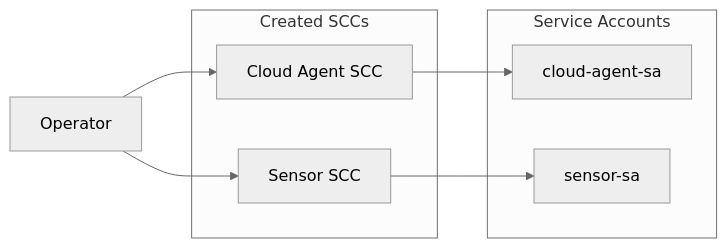
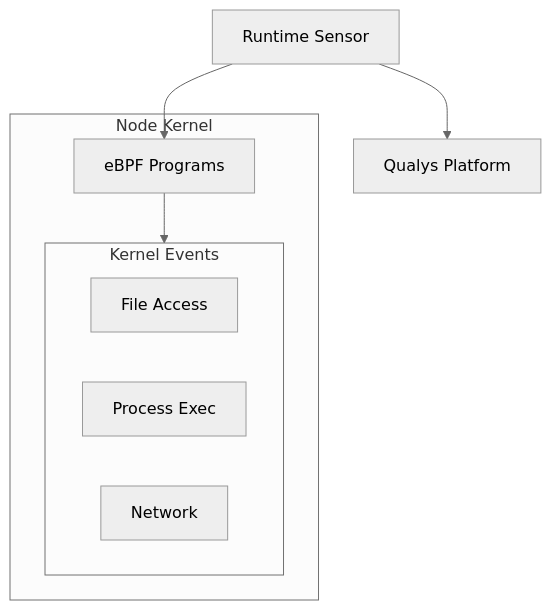
Before and after one commit to nelssec/qualys-nanny: the eighth of 12 diagrams in docs/blog.md, drawn with Mermaid (neutral theme). The commit also changed other lines of this file and 10 other files, not shown here.

````diff
--- a/docs/blog.md
+++ b/docs/blog.md
@@ -275,19 +264,18 @@
 ```mermaid
-flowchart LR
-    OP[Operator]
-
-    subgraph sccs[Created SCCs]
-        SCC1[Cloud Agent SCC]
-        SCC2[Sensor SCC]
+flowchart TB
+    subgraph node[Node Kernel]
+        EBPF[eBPF Programs]
+        subgraph events[Kernel Events]
+            FILE[File Access]
+            PROC[Process Exec]
+            NET[Network]
+        end
     end
 
-    subgraph sas[Service Accounts]
-        SA1[cloud-agent-sa]
-        SA2[sensor-sa]
-    end
+    RT[Runtime Sensor]
+    QP[Qualys Platform]
 
-    OP --> SCC1
-    OP --> SCC2
-    SCC1 --> SA1
-    SCC2 --> SA2
+    EBPF --> events
+    RT --> EBPF
+    RT --> QP
 ```
````
